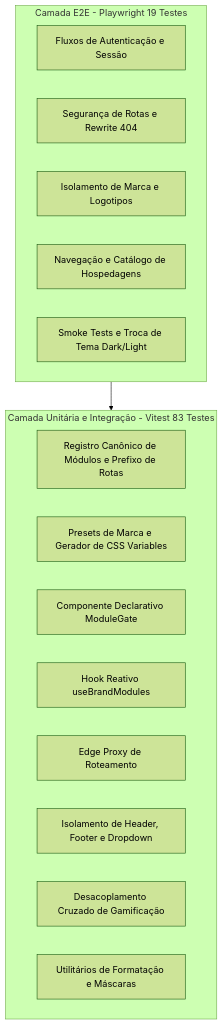
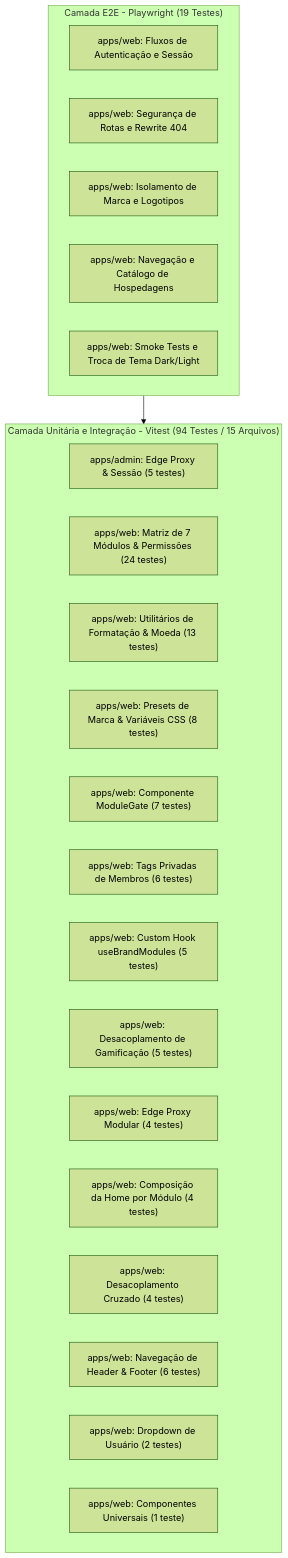
Before and after one commit to gui-bus/clubkey: the diagram in docs/TESTING.md, drawn with Mermaid (forest theme). The commit also changed other lines of this file and 6 other files, not shown here.

Commit message:
docs(monorepo): update architecture and root readme for monorepo setup

````diff
--- a/docs/TESTING.md
+++ b/docs/TESTING.md
@@ -11,23 +11,29 @@
 ```mermaid
 flowchart TD
-    subgraph E2ELayer ["Camada E2E - Playwright 19 Testes"]
-        E1["Fluxos de Autenticação e Sessão"]
-        E2["Segurança de Rotas e Rewrite 404"]
-        E3["Isolamento de Marca e Logotipos"]
-        E4["Navegação e Catálogo de Hospedagens"]
-        E5["Smoke Tests e Troca de Tema Dark/Light"]
+    subgraph E2ELayer ["Camada E2E - Playwright (19 Testes)"]
+        E1["apps/web: Fluxos de Autenticação e Sessão"]
+        E2["apps/web: Segurança de Rotas e Rewrite 404"]
+        E3["apps/web: Isolamento de Marca e Logotipos"]
+        E4["apps/web: Navegação e Catálogo de Hospedagens"]
+        E5["apps/web: Smoke Tests e Troca de Tema Dark/Light"]
     end
 
-    subgraph UnitLayer ["Camada Unitária e Integração - Vitest 83 Testes"]
-        U1["Registro Canônico de Módulos e Prefixo de Rotas"]
-        U2["Presets de Marca e Gerador de CSS Variables"]
-        U3["Componente Declarativo ModuleGate"]
-        U4["Hook Reativo useBrandModules"]
-        U5["Edge Proxy de Roteamento"]
-        U6["Isolamento de Header, Footer e Dropdown"]
-        U7["Desacoplamento Cruzado de Gamificação"]
-        U8["Utilitários de Formatação e Máscaras"]
+    subgraph UnitLayer ["Camada Unitária e Integração - Vitest (94 Testes / 15 Arquivos)"]
+        A_Proxy["apps/admin: Edge Proxy & Sessão (5 testes)"]
+        W_Modules["apps/web: Matriz de 7 Módulos & Permissões (24 testes)"]
+        W_Format["apps/web: Utilitários de Formatação & Moeda (13 testes)"]
+        W_Brand["apps/web: Presets de Marca & Variáveis CSS (8 testes)"]
+        W_Gate["apps/web: Componente ModuleGate (7 testes)"]
+        W_Tags["apps/web: Tags Privadas de Membros (6 testes)"]
+        W_Hook["apps/web: Custom Hook useBrandModules (5 testes)"]
+        W_Gami["apps/web: Desacoplamento de Gamificação (5 testes)"]
+        W_Proxy["apps/web: Edge Proxy Modular (4 testes)"]
+        W_Home["apps/web: Composição da Home por Módulo (4 testes)"]
+        W_Cross["apps/web: Desacoplamento Cruzado (4 testes)"]
+        W_Nav["apps/web: Navegação de Header & Footer (6 testes)"]
+        W_Menu["apps/web: Dropdown de Usuário (2 testes)"]
+        W_Comp["apps/web: Componentes Universais (1 teste)"]
     end
 
     E2ELayer --> UnitLayer
 ```
````
